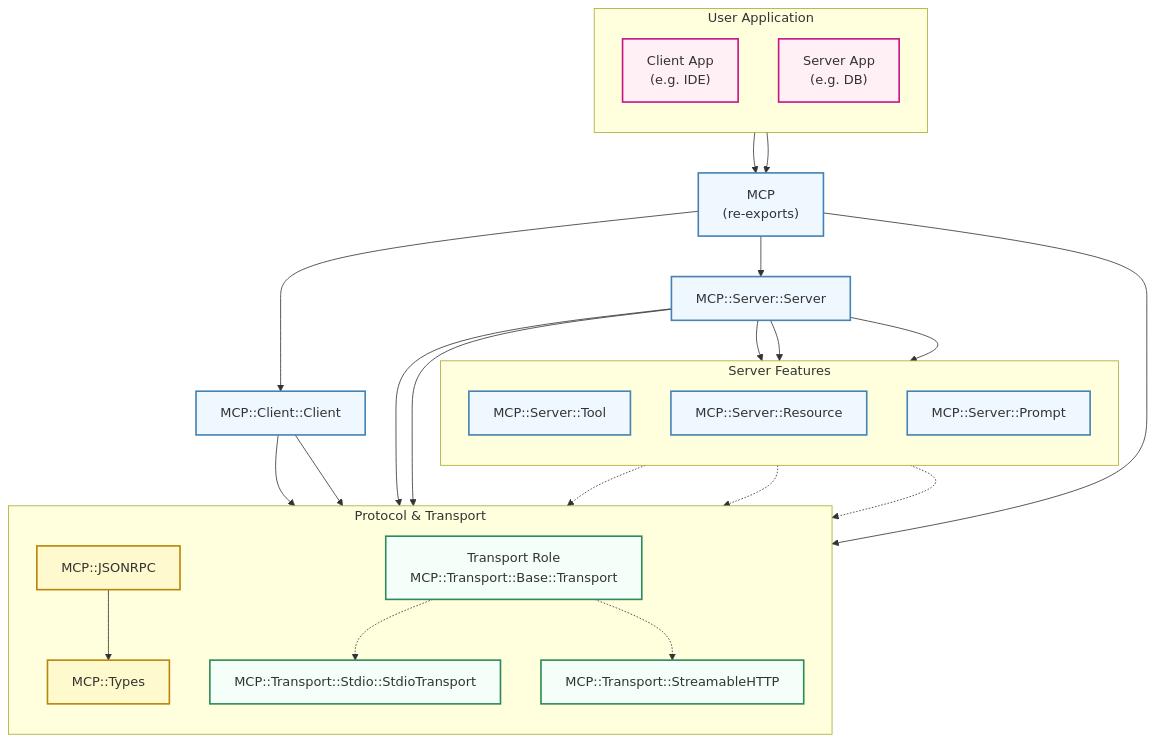
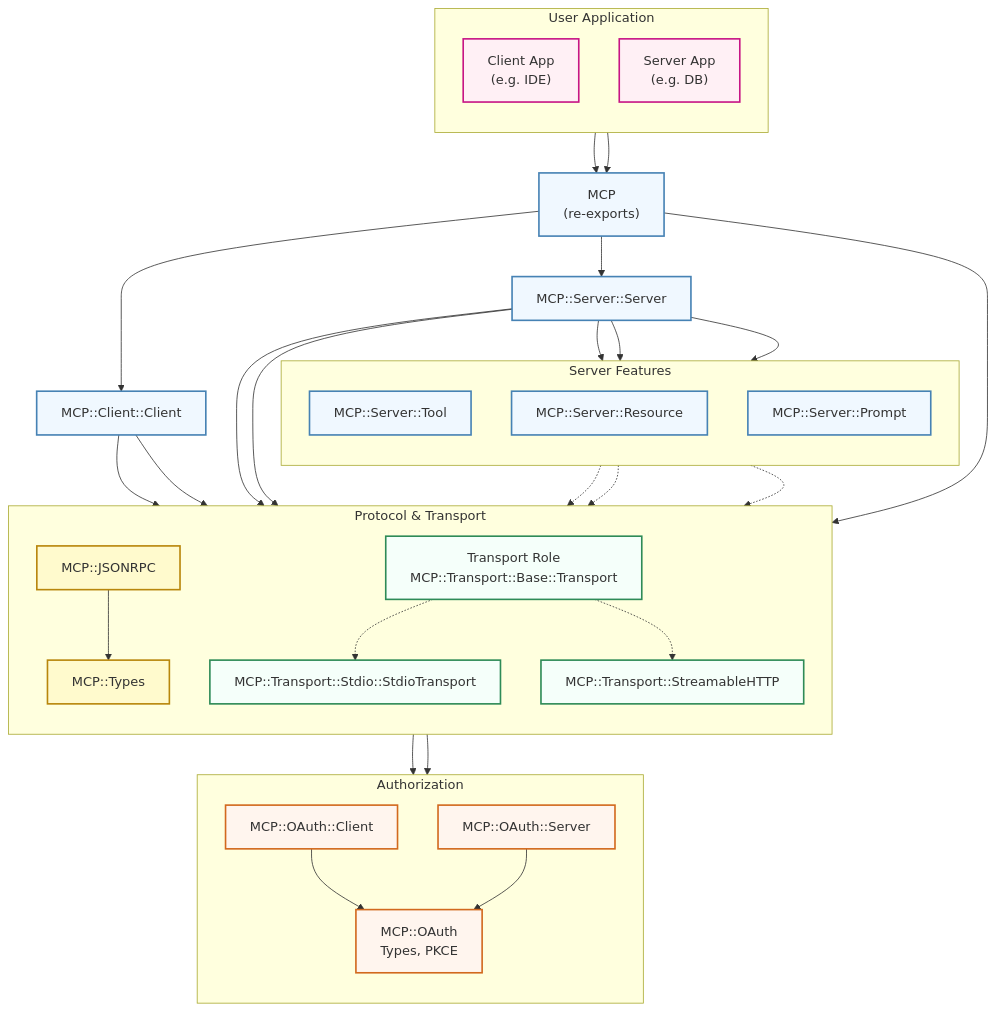
One commit to wkusnierczyk/raku-mcp-sdk changed the diagram in architecture/architecture.mmd. Above: the diagram before and after it, drawn with Mermaid. The commit also changed 2 other files, not shown here.

Commit message:
Update docs, architecture diagram, and add OAuth example
Add OAuth modules to architecture diagram and README project structure.
Add oauth-server example demonstrating token validation. Update examples
list in README.

```diff
--- a/architecture/architecture.mmd
+++ b/architecture/architecture.mmd
@@ -1,63 +1,77 @@
 graph TD
     %% Raku MCP SDK Architecture
     %% Vertical layout for narrow displays
 
     %% Styling
     classDef sdk fill:#f0f8ff,stroke:#4682b4,stroke-width:2px;
     classDef user fill:#fff0f5,stroke:#c71585,stroke-width:2px;
     classDef transport fill:#f5fffa,stroke:#2e8b57,stroke-width:2px;
     classDef protocol fill:#fffacd,stroke:#b8860b,stroke-width:2px;
 
     subgraph UserLayer ["User Application"]
         direction TB
         A["Client App<br>(e.g. IDE)"]
         B["Server App<br>(e.g. DB)"]
     end
 
     MCP["MCP<br/>(re-exports)"]
     
     A --> MCP
     B --> MCP
 
     MCP --> Client[MCP::Client::Client]
     MCP --> Server[MCP::Server::Server]
     MCP --> Types
 
     subgraph Features ["Server Features"]
         direction TB
         Tool[MCP::Server::Tool]
         Resource[MCP::Server::Resource]
         Prompt[MCP::Server::Prompt]
     end
 
     Server --> Tool
     Server --> Resource
     Server --> Prompt
 
     subgraph Protocol ["Protocol & Transport"]
         direction TB
         JSONRPC[MCP::JSONRPC]
         Types[MCP::Types]
         Transport["Transport Role<br/>MCP::Transport::Base::Transport"]
         Stdio["MCP::Transport::Stdio::StdioTransport"]
         HTTP["MCP::Transport::StreamableHTTP"]
     end
 
+    subgraph Auth ["Authorization"]
+        direction TB
+        OAuth[MCP::OAuth<br/>Types, PKCE]
+        OAuthClient[MCP::OAuth::Client]
+        OAuthServer[MCP::OAuth::Server]
+    end
+
     Client --> JSONRPC
     Server --> JSONRPC
     JSONRPC --> Types
-    
+
     Client --> Transport
     Server --> Transport
     Transport -.-> Stdio
     Transport -.-> HTTP
-    
+
+    HTTP --> OAuthClient
+    HTTP --> OAuthServer
+    OAuthClient --> OAuth
+    OAuthServer --> OAuth
+
     Tool -.-> Types
     Resource -.-> Types
     Prompt -.-> Types
 
     %% Apply classes
+    classDef auth fill:#fff5ee,stroke:#d2691e,stroke-width:2px;
     class A,B user;
     class MCP,Client,Server,Tool,Resource,Prompt sdk;
     class JSONRPC,Types protocol;
     class Transport,Stdio,HTTP transport;
+    class OAuth,OAuthClient,OAuthServer auth;
```
